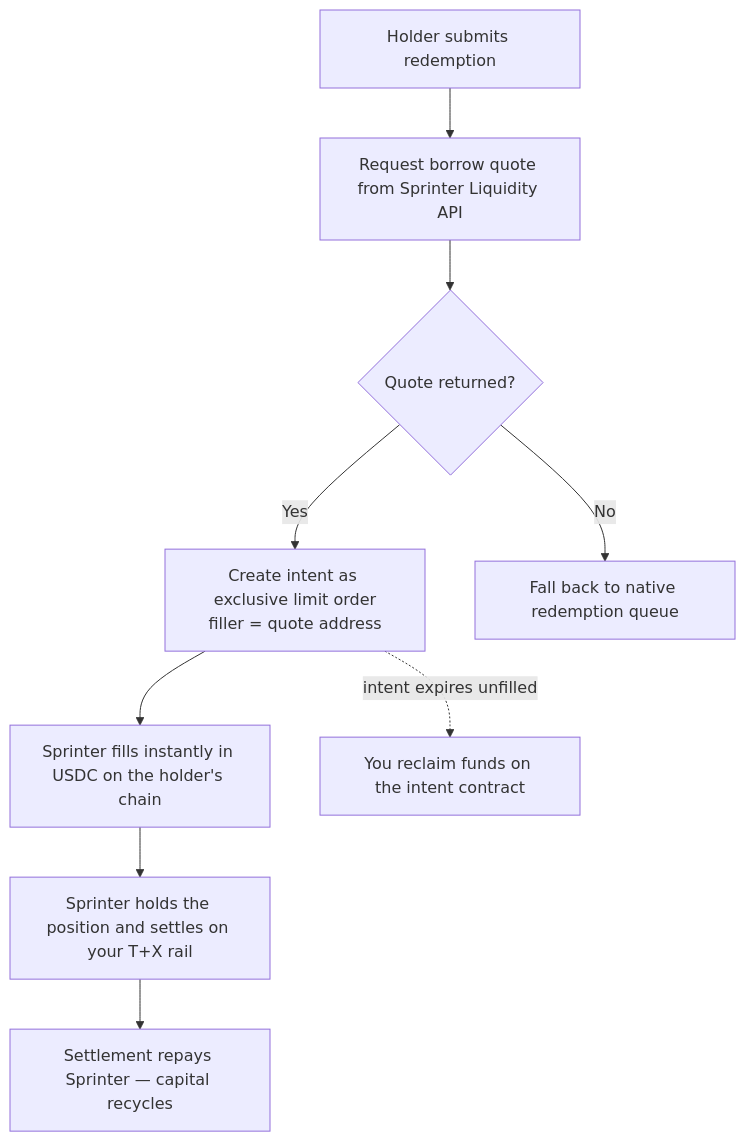
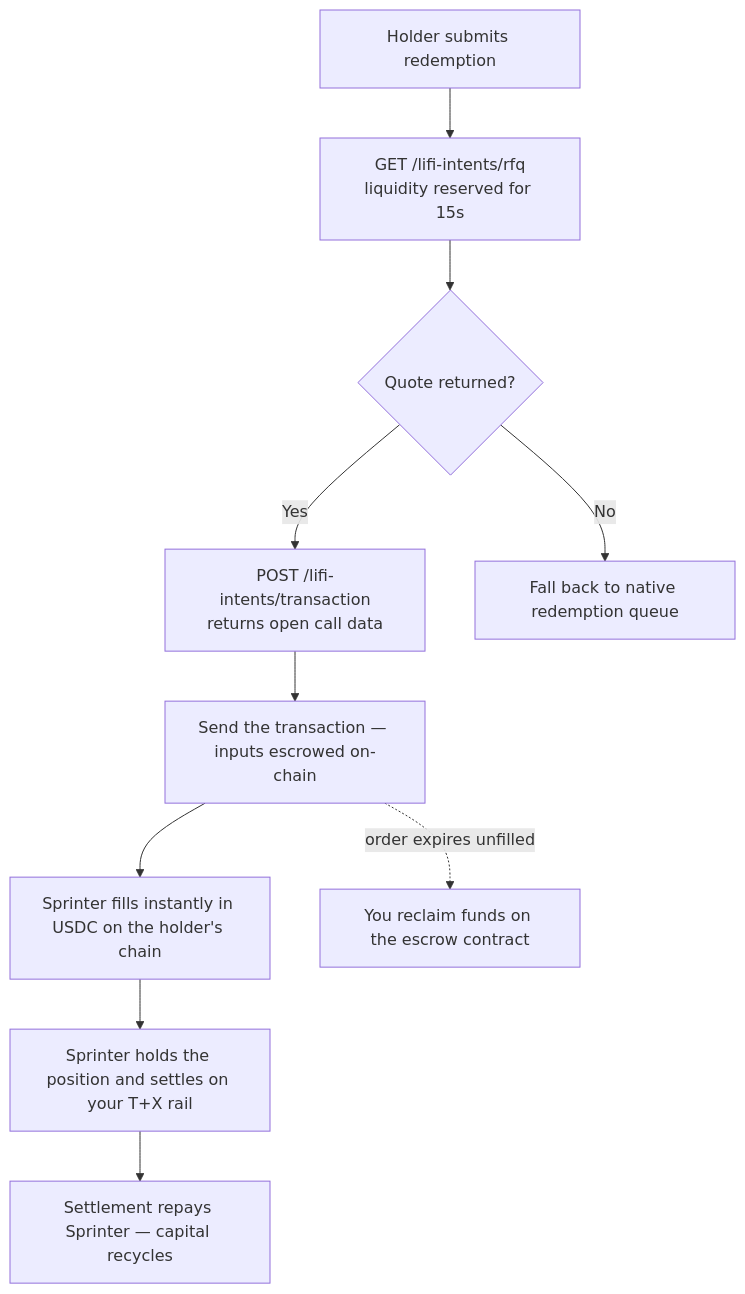
Before and after one commit to ChainSafe/sprinter-ts: the diagram in quickstart/asset-issuer.mdx, drawn with Mermaid. The commit also changed other lines of this file and 14 other files, not shown here.

First line of the commit message:
docs: add LI.FI Intents endpoints under a Solve RFQ section (#222)

````diff
--- a/quickstart/asset-issuer.mdx
+++ b/quickstart/asset-issuer.mdx
@@ -53,11 +71,12 @@
 ```mermaid
 flowchart TD
-  A[Holder submits redemption] --> B[Request borrow quote from Sprinter Liquidity API]
+  A[Holder submits redemption] --> B[GET /lifi-intents/rfq<br/>liquidity reserved for 15s]
   B --> C{Quote returned?}
-  C -->|Yes| D[Create intent as exclusive limit order<br/>filler = quote address]
+  C -->|Yes| D[POST /lifi-intents/transaction<br/>returns open call data]
   C -->|No| E[Fall back to native redemption queue]
-  D --> F[Sprinter fills instantly in USDC on the holder's chain]
-  F --> G[Sprinter holds the position and settles on your T+X rail]
-  G --> H[Settlement repays Sprinter — capital recycles]
-  D -.->|intent expires unfilled| I[You reclaim funds on the intent contract]
+  D --> F[Send the transaction — inputs escrowed on-chain]
+  F --> G[Sprinter fills instantly in USDC on the holder's chain]
+  G --> H[Sprinter holds the position and settles on your T+X rail]
+  H --> I[Settlement repays Sprinter — capital recycles]
+  F -.->|order expires unfilled| J[You reclaim funds on the escrow contract]
 ```
````
